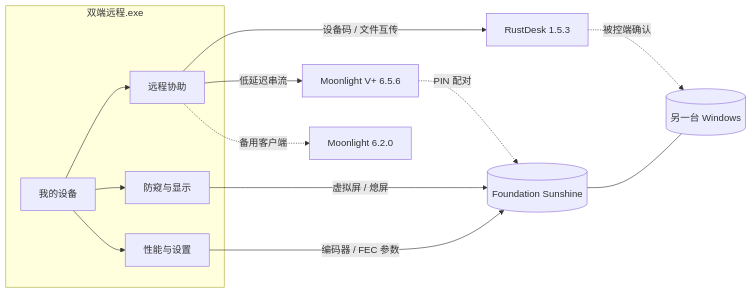
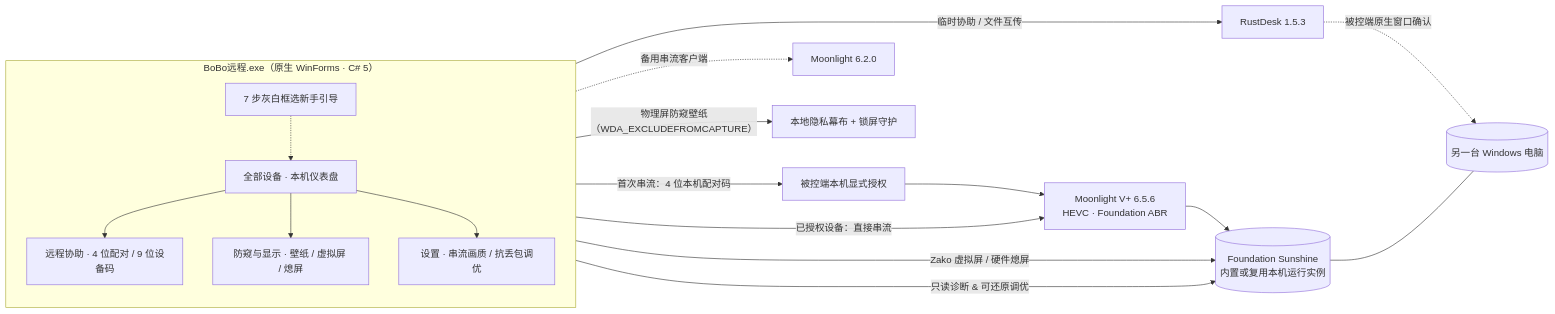
Before and after one commit to Gluxggg/BoBo-Remote: the diagram in README.md, drawn with Mermaid. The commit also changed other lines of this file and 31 other files, not shown here.

````diff
--- a/README.md
+++ b/README.md
@@ -68,16 +51,24 @@
 ```mermaid
 flowchart LR
-  subgraph L[双端远程.exe]
-    A[我的设备] --> B[远程协助]
-    A --> C[防窥与显示]
-    A --> D[性能与设置]
+  subgraph L["BoBo远程.exe（原生 WinForms · C# 5）"]
+    direction TB
+    G["7 步灰白框选新手引导"] -.-> A["全部设备 · 本机仪表盘"]
+    A --> B["远程协助 · 4 位配对 / 9 位设备码"]
+    A --> C["防窥与显示 · 壁纸 / 虚拟屏 / 熄屏"]
+    A --> D["设置 · 串流画质 / 抗丢包调优"]
   end
-  B -->|设备码 / 文件互传| R[RustDesk 1.5.3]
-  B -->|低延迟串流| V[Moonlight V+ 6.5.6]
-  B -.->|备用客户端| M[Moonlight 6.2.0]
-  C -->|虚拟屏 / 熄屏| S[(Foundation Sunshine)]
-  D -->|编码器 / FEC 参数| S
-  R -.->|被控端确认| H[(另一台 Windows)]
-  V -.->|PIN 配对| S
+
+  B -->|"已授权设备：直接串流"| V["Moonlight V+ 6.5.6<br/>HEVC · Foundation ABR"]
+  B -->|"首次串流：4 位本机配对码"| P["被控端本机显式授权"]
+  P --> V
+  B -.->|"备用串流客户端"| M["Moonlight 6.2.0"]
+  B -->|"临时协助 / 文件互传"| R["RustDesk 1.5.3"]
+
+  C -->|"物理屏防窥壁纸（WDA_EXCLUDEFROMCAPTURE）"| W["本地隐私幕布 + 锁屏守护"]
+  C -->|"Zako 虚拟屏 / 硬件熄屏"| S[("Foundation Sunshine<br/>内置或复用本机运行实例")]
+  D -->|"只读诊断 & 可还原调优"| S
+
+  V --> S
+  R -.->|"被控端原生窗口确认"| H[("另一台 Windows 电脑")]
   S --- H
 ```
````
